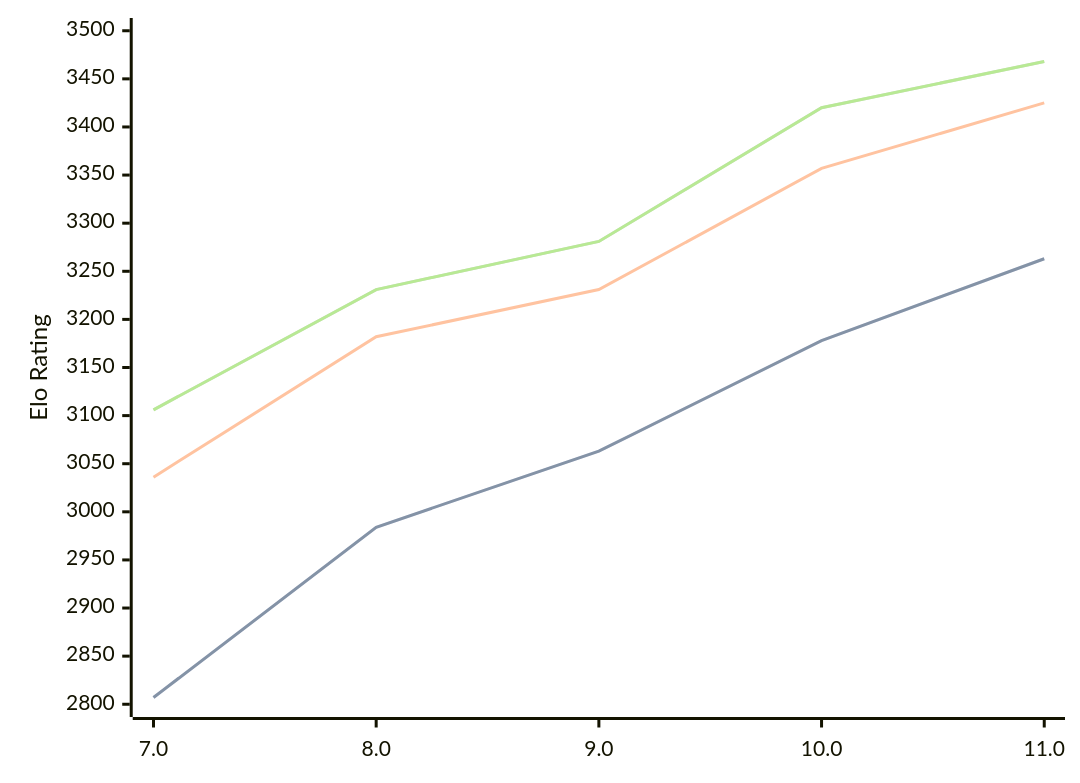
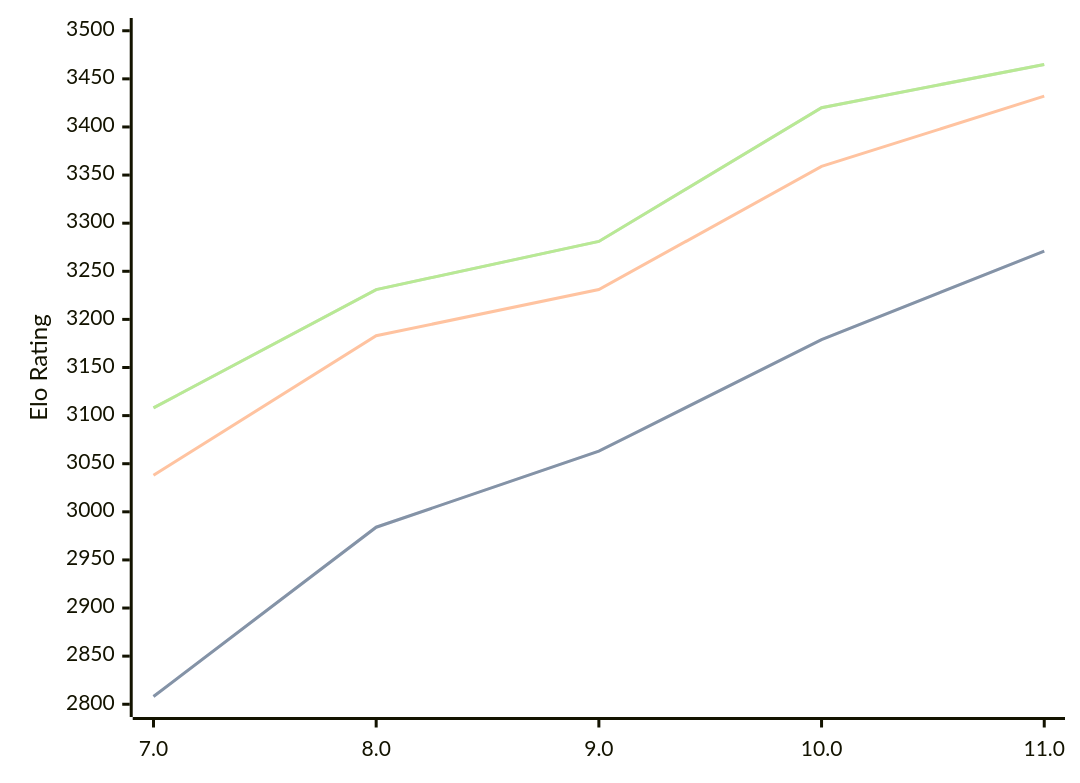
One commit to computer-chess-index/cci changed the diagram in engines/Tcheran.md. Above: the diagram before and after it, drawn with Mermaid. The commit also changed other lines of this file, not shown here.

Commit message:
Update CCI Ratings (ELO VLTC) - 2026-02-16

````diff
--- a/engines/Tcheran.md
+++ b/engines/Tcheran.md
@@ -46,11 +46,11 @@
 ```mermaid
 %%{init: {"theme":"base","themeVariables":{"seriesColors:['#a3a3a3','#222221','#faa371']}}}%%
 xychart-beta
   x-axis ["7.0", "8.0", "9.0", "10.0", "11.0"]
   y-axis "Elo Rating" 2800 --> 3500
-  line "STC (8.0+0.08s)" [2807, 2984, 3063, 3178, 3263]
-  line "STC (8.0+0.08s)" [2807, 2984, 3063, 3178, 3263]
-  line "LTC (60.0+0.60s)" [3036, 3182, 3231, 3357, 3425]
-  line "VLTC (2m24s+1.12s)" [3106, 3231, 3281, 3420, 3468]
-  line "VLTC (2m24s+1.12s)" [3106, 3231, 3281, 3420, 3468]
+  line "STC (8.0+0.08s)" [2808, 2984, 3063, 3179, 3271]
+  line "STC (8.0+0.08s)" [2808, 2984, 3063, 3179, 3271]
+  line "LTC (60.0+0.60s)" [3038, 3183, 3231, 3359, 3432]
+  line "VLTC (2m24s+1.12s)" [3108, 3231, 3281, 3420, 3465]
+  line "VLTC (2m24s+1.12s)" [3108, 3231, 3281, 3420, 3465]
 ```
````
